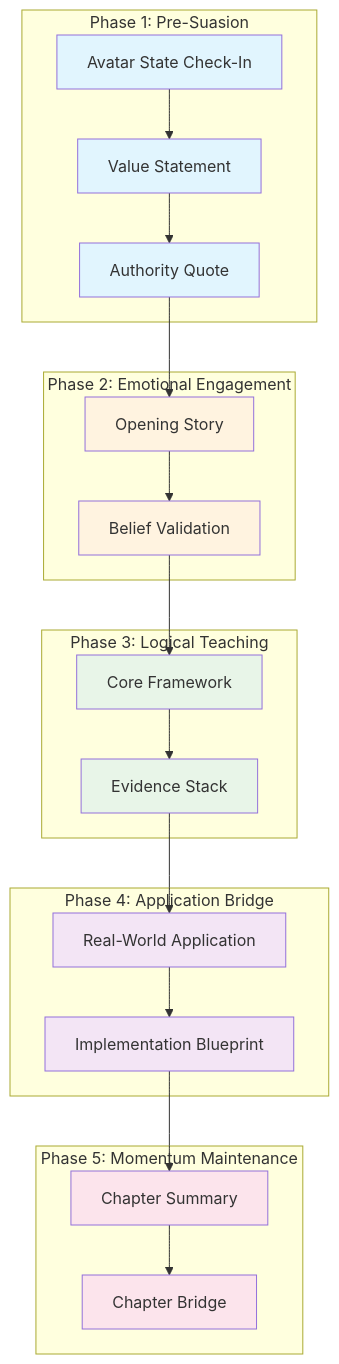
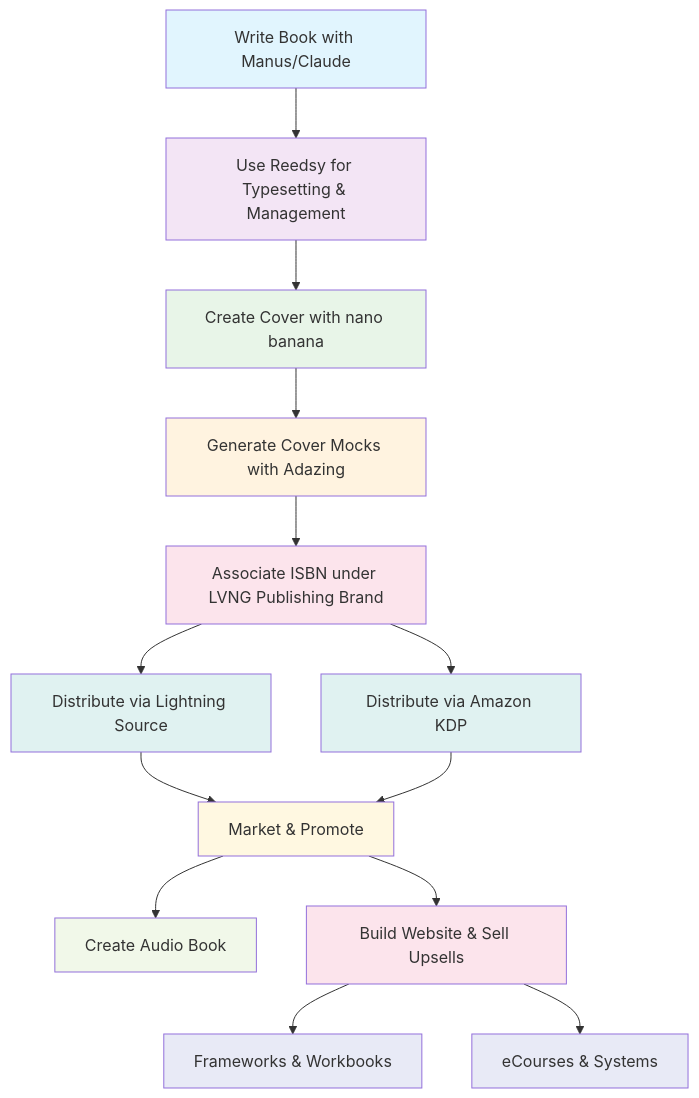
One commit to fenago/bookframework changed the diagram in README.md. Above: the diagram before and after it, drawn with Mermaid. The commit also changed other lines of this file, not shown here.

````diff
--- a/README.md
+++ b/README.md
@@ -427,51 +24,28 @@
 ```mermaid
 flowchart TD
-    A[Avatar State Check-In] --> B[Value Statement]
-    B --> C[Authority Quote]
-    C --> D[Opening Story]
-    D --> E[Belief Validation]
-    E --> F[Core Framework]
-    F --> G[Evidence Stack]
-    G --> H[Real-World Application]
-    H --> I[Implementation Blueprint]
-    I --> J[Chapter Summary]
-    J --> K[Chapter Bridge]
-    
-    subgraph "Phase 1: Pre-Suasion"
-        A
-        B
-        C
-    end
-    
-    subgraph "Phase 2: Emotional Engagement"
-        D
-        E
-    end
-    
-    subgraph "Phase 3: Logical Teaching"
-        F
-        G
-    end
-    
-    subgraph "Phase 4: Application Bridge"
-        H
-        I
-    end
-    
-    subgraph "Phase 5: Momentum Maintenance"
-        J
-        K
-    end
+    A[Write Book with Manus/Claude] --> B[Use Reedsy for Typesetting & Management]
+    B --> C[Create Cover with nano banana]
+    C --> D[Generate Cover Mocks with Adazing]
+    D --> E[Associate ISBN under LVNG Publishing Brand]
+    E --> F[Distribute via Lightning Source]
+    E --> G[Distribute via Amazon KDP]
+    F --> H[Market & Promote]
+    G --> H
+    H --> I[Create Audio Book]
+    H --> J[Build Website & Sell Upsells]
+    J --> K[Frameworks & Workbooks]
+    J --> L[eCourses & Systems]
     
     style A fill:#e1f5fe
-    style B fill:#e1f5fe
-    style C fill:#e1f5fe
+    style B fill:#f3e5f5
+    style C fill:#e8f5e8
     style D fill:#fff3e0
-    style E fill:#fff3e0
-    style F fill:#e8f5e8
-    style G fill:#e8f5e8
-    style H fill:#f3e5f5
-    style I fill:#f3e5f5
+    style E fill:#fce4ec
+    style F fill:#e0f2f1
+    style G fill:#e0f2f1
+    style H fill:#fff8e1
+    style I fill:#f1f8e9
     style J fill:#fce4ec
-    style K fill:#fce4ec
+    style K fill:#e8eaf6
+    style L fill:#e8eaf6
 ```
````
